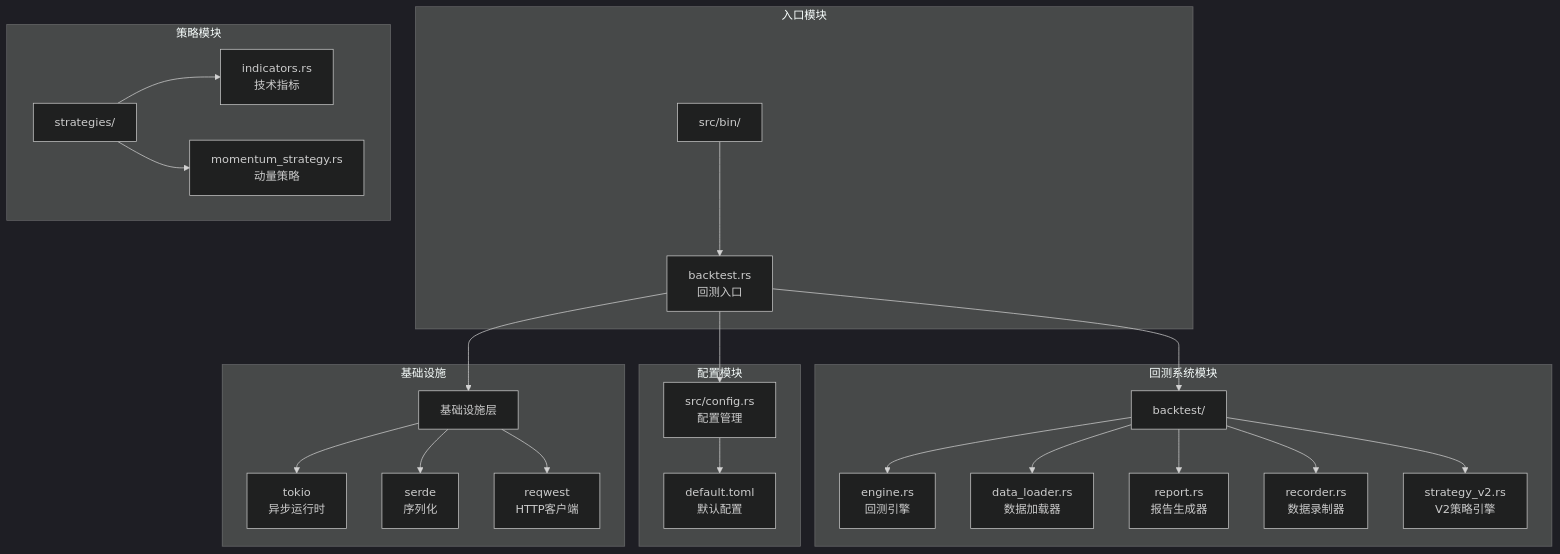
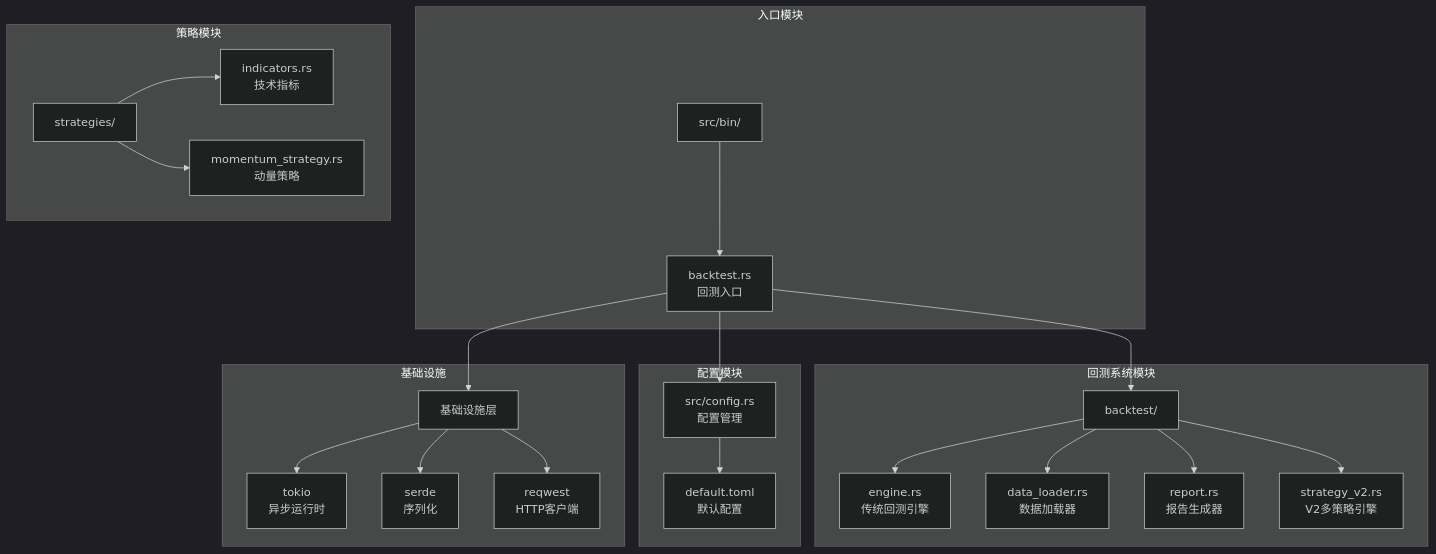
The first of 17 diagrams in .qoder/repowiki/zh/content/核心模块/回测系统.md (Heres1/binanceWebsocket), drawn with Mermaid (dark theme) before and after one commit. The commit also changed other lines of this file and 7 other files, not shown here.

````diff
--- a/.qoder/repowiki/zh/content/核心模块/回测系统.md
+++ b/.qoder/repowiki/zh/content/核心模块/回测系统.md
@@ -47,33 +47,32 @@
 ```mermaid
 graph TB
 subgraph "回测系统模块"
 BT[backtest/]
-BT --> ENG[engine.rs<br/>回测引擎]
+BT --> ENG[engine.rs<br/>传统回测引擎]
 BT --> DL[data_loader.rs<br/>数据加载器]
 BT --> RP[report.rs<br/>报告生成器]
-BT --> RC[recorder.rs<br/>数据录制器]
-BT --> STR[strategy_v2.rs<br/>V2策略引擎]
+BT --> STR_V2[strategy_v2.rs<br/>V2多策略引擎]
 end
 subgraph "入口模块"
 BIN[src/bin/]
 BIN --> BT_BIN[backtest.rs<br/>回测入口]
 end
 subgraph "配置模块"
 CFG[src/config.rs<br/>配置管理]
 CFG --> DEF_CFG[default.toml<br/>默认配置]
 end
 subgraph "策略模块"
 STR_MOD[strategies/]
 STR_MOD --> IND[indicators.rs<br/>技术指标]
 STR_MOD --> MOM[momentum_strategy.rs<br/>动量策略]
 end
 subgraph "基础设施"
 INFRA[基础设施层]
 INFRA --> TOKIO[tokio<br/>异步运行时]
 INFRA --> SERDE[serde<br/>序列化]
 INFRA --> REQWEST[reqwest<br/>HTTP客户端]
 end
 BT_BIN --> BT
 BT_BIN --> CFG
 BT_BIN --> INFRA
 ```
````
